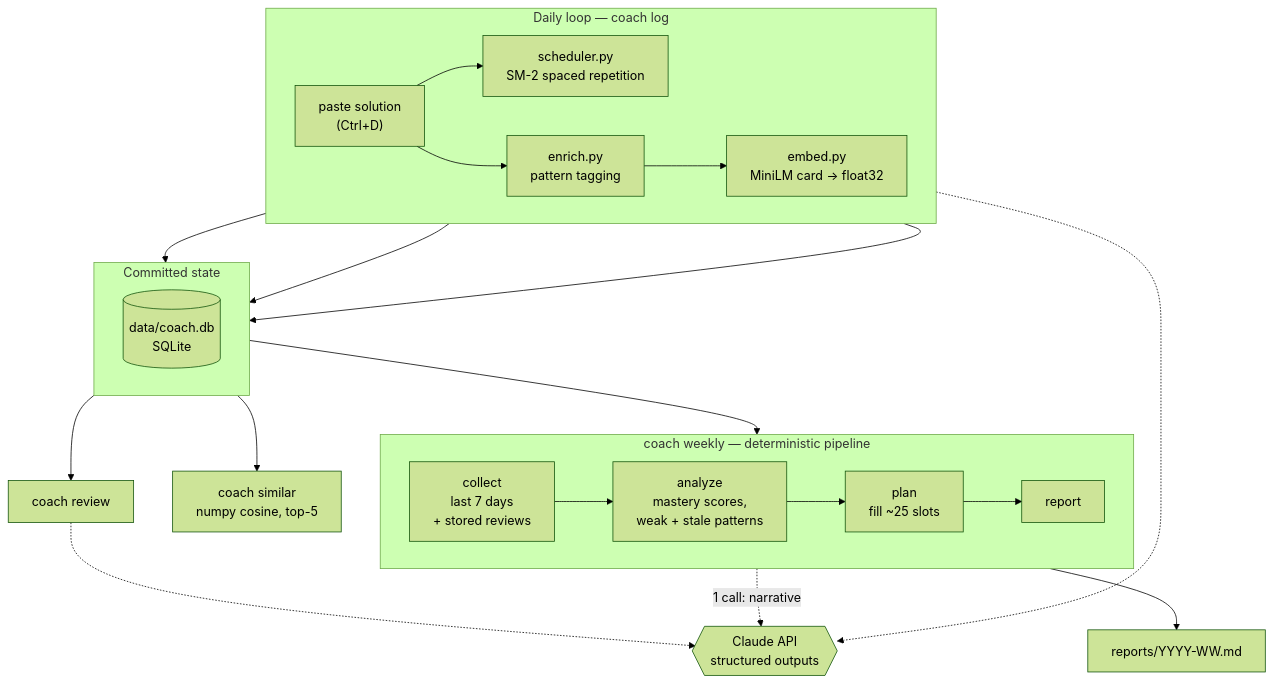
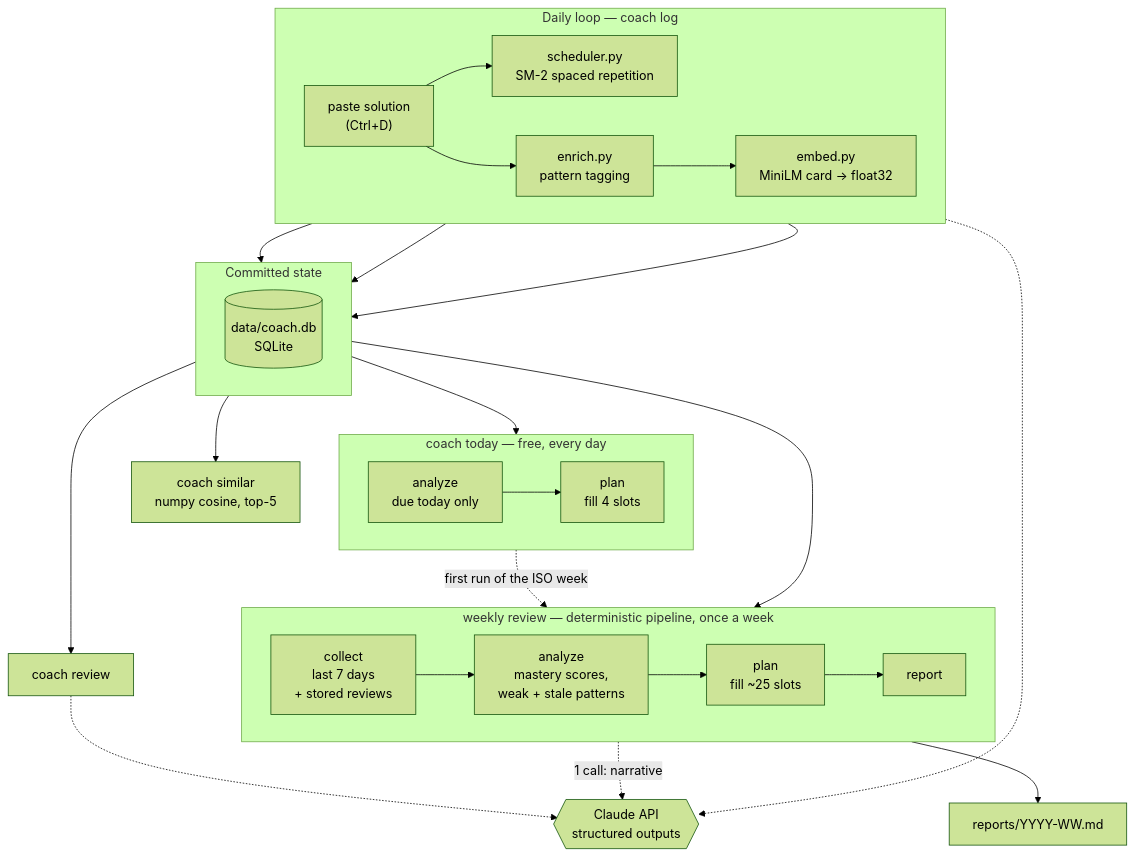
One commit to AvivE453/leetcode-coach changed the diagram in README.md. Above: the diagram before and after it, drawn with Mermaid (forest theme). The commit also changed other lines of this file and 7 other files, not shown here.

````diff
--- a/README.md
+++ b/README.md
@@ -18,34 +18,41 @@
 ```mermaid
 flowchart TB
     subgraph daily ["Daily loop — coach log"]
         direction LR
         paste["paste solution<br/>(Ctrl+D)"] --> sm2["scheduler.py<br/>SM-2 spaced repetition"]
         paste --> enr["enrich.py<br/>pattern tagging"]
         enr --> emb["embed.py<br/>MiniLM card → float32"]
     end
 
     subgraph state ["Committed state"]
         direction LR
         db[("data/coach.db<br/>SQLite")]
     end
 
-    subgraph weeklyp ["coach weekly — deterministic pipeline"]
+    subgraph todayp ["coach today — free, every day"]
+        direction LR
+        ta["analyze<br/>due today only"] --> tp["plan<br/>fill 4 slots"]
+    end
+
+    subgraph weeklyp ["weekly review — deterministic pipeline, once a week"]
         direction LR
         c["collect<br/>last 7 days<br/>+ stored reviews"] --> a["analyze<br/>mastery scores,<br/>weak + stale patterns"] --> p["plan<br/>fill ~25 slots"] --> r["report"]
     end
 
     api{{"Claude API<br/>structured outputs"}}
 
     sm2 --> db
     enr --> db
     emb --> db
+    db --> ta
     db --> c
+    tp -.->|"first run of the ISO week"| c
     r --> md["reports/YYYY-WW.md"]
 
     enr -.-> api
     r -.->|"1 call: narrative"| api
 
     db --> sim["coach similar<br/>numpy cosine, top-5"]
     db --> rev["coach review"]
     rev -.-> api
 ```
````
